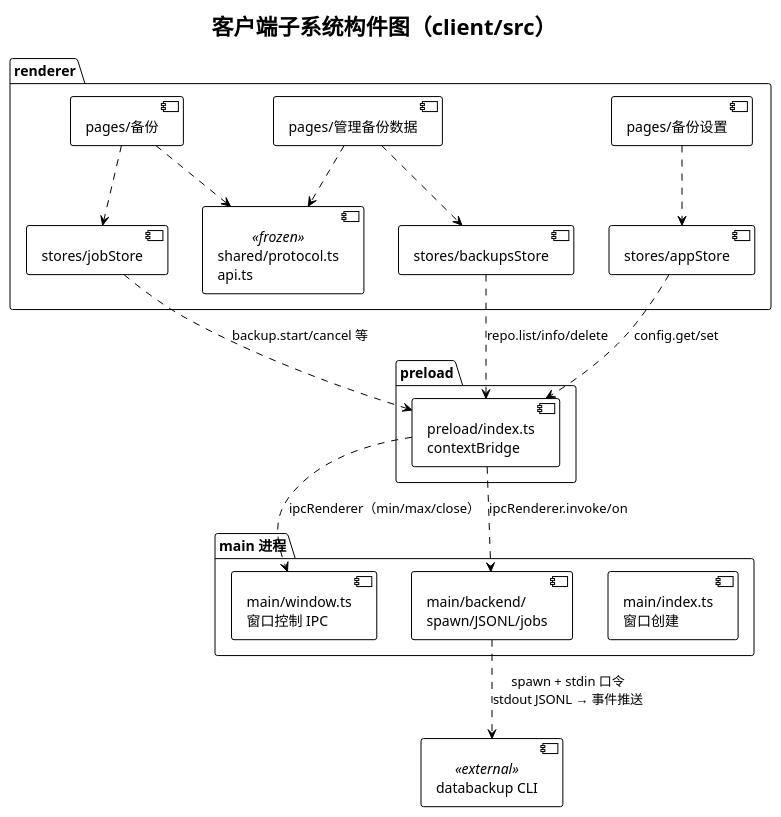
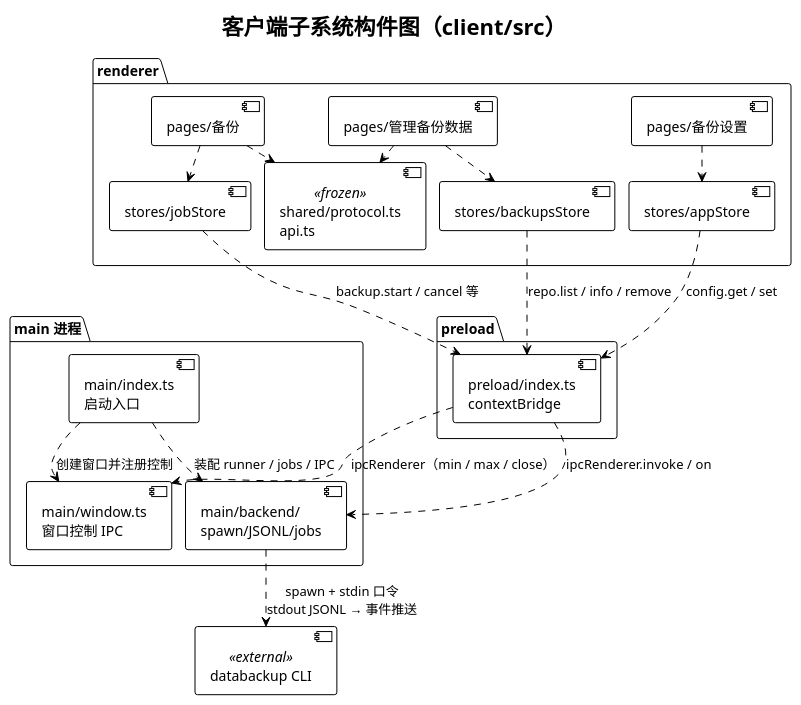
Before and after one commit to Piaoxuemoli/software-class-qoobeewang: the diagram in docs/deliverables/diagrams/component-client.puml, drawn with PlantUML. The commit also changed 26 other files, not shown here.

```diff
--- a/docs/deliverables/diagrams/component-client.puml
+++ b/docs/deliverables/diagrams/component-client.puml
@@ -1,35 +1,39 @@
 @startuml component-client
 !theme plain
+skinparam nodesep 14
+skinparam ranksep 16
 title 客户端子系统构件图（client/src）
 
 package "main 进程" {
-  [main/index.ts\n窗口创建] as mindex
+  [main/index.ts\n启动入口] as mindex
   [main/window.ts\n窗口控制 IPC] as mwindow
   [main/backend/\nspawn/JSONL/jobs] as mbackend
 }
 package "preload" {
   [preload/index.ts\ncontextBridge] as pre
 }
 package "renderer" {
   [stores/jobStore] as jobStore
   [stores/backupsStore] as backupsStore
   [stores/appStore] as appStore
   [pages/备份] as pBackup
   [pages/管理备份数据] as pManage
   [pages/备份设置] as pSettings
   [shared/protocol.ts\napi.ts] as shared <<frozen>>
 }
 [databackup CLI] as cli <<external>>
 
+mindex ..> mwindow : 创建窗口并注册控制
+mindex ..> mbackend : 装配 runner / jobs / IPC
 pBackup ..> jobStore
 pManage ..> backupsStore
 pSettings ..> appStore
-jobStore ..> pre : backup.start/cancel 等
-backupsStore ..> pre : repo.list/info/delete
-appStore ..> pre : config.get/set
+jobStore ..> pre : backup.start / cancel 等
+backupsStore ..> pre : repo.list / info / remove
+appStore ..> pre : config.get / set
 pBackup ..> shared
 pManage ..> shared
-pre ..> mbackend : ipcRenderer.invoke/on
-pre ..> mwindow : ipcRenderer（min/max/close）
+pre ..> mbackend : ipcRenderer.invoke / on
+pre ..> mwindow : ipcRenderer（min / max / close）
 mbackend ..> cli : spawn + stdin 口令\nstdout JSONL → 事件推送
 @enduml
```
